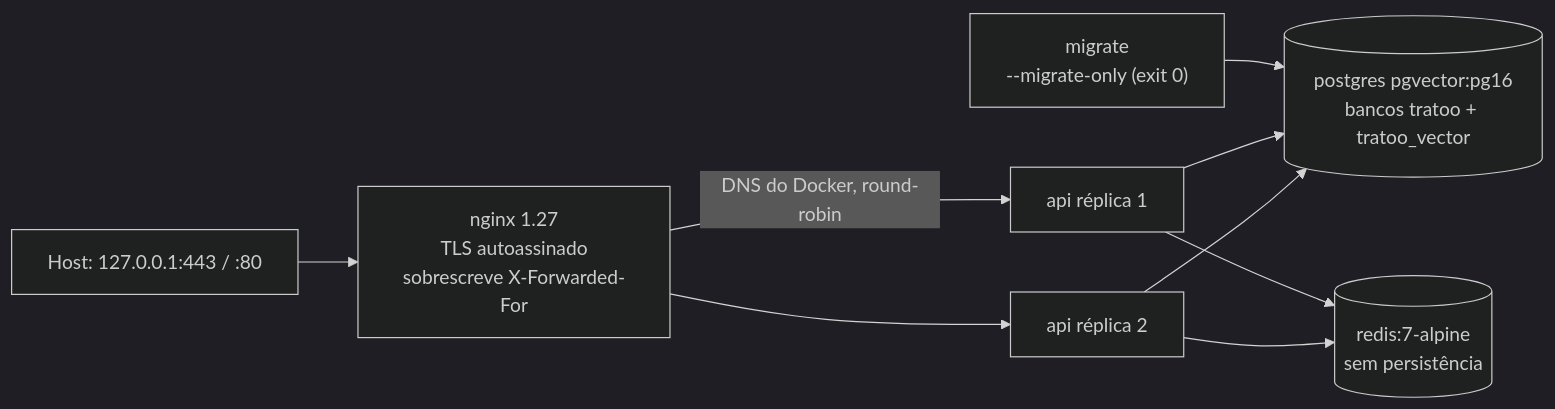
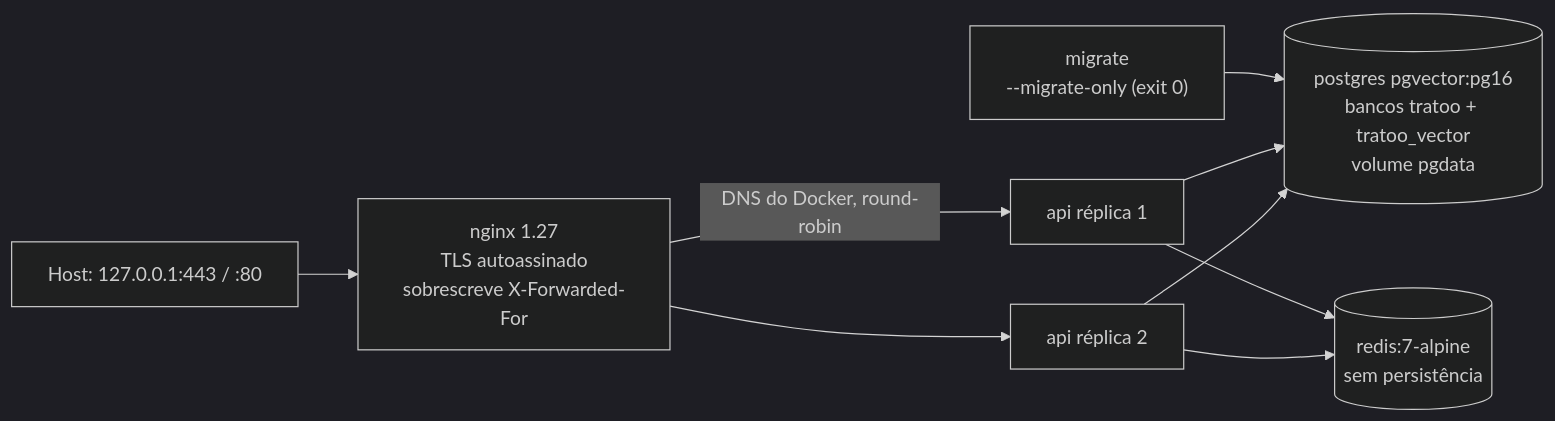
The seventh of 8 diagrams in Docs/ARQUITETURA.md (Gustavo-C-almeida/tratoo), drawn with Mermaid (dark theme) before and after one commit. The commit also changed other lines of this file and 2 other files, not shown here.

````diff
--- a/Docs/ARQUITETURA.md
+++ b/Docs/ARQUITETURA.md
@@ -652,11 +598,11 @@
 ```mermaid
 flowchart LR
     H["Host: 127.0.0.1:443 / :80"] --> NG["nginx 1.27<br/>TLS autoassinado<br/>sobrescreve X-Forwarded-For"]
     NG -->|"DNS do Docker, round-robin"| A1["api réplica 1"]
     NG --> A2["api réplica 2"]
     M["migrate<br/>--migrate-only (exit 0)"] --> PG
-    A1 --> PG[("postgres pgvector:pg16<br/>bancos tratoo + tratoo_vector")]
+    A1 --> PG[("postgres pgvector:pg16<br/>bancos tratoo + tratoo_vector<br/>volume pgdata")]
     A2 --> PG
     A1 --> RD[("redis:7-alpine<br/>sem persistência")]
     A2 --> RD
 ```
````
